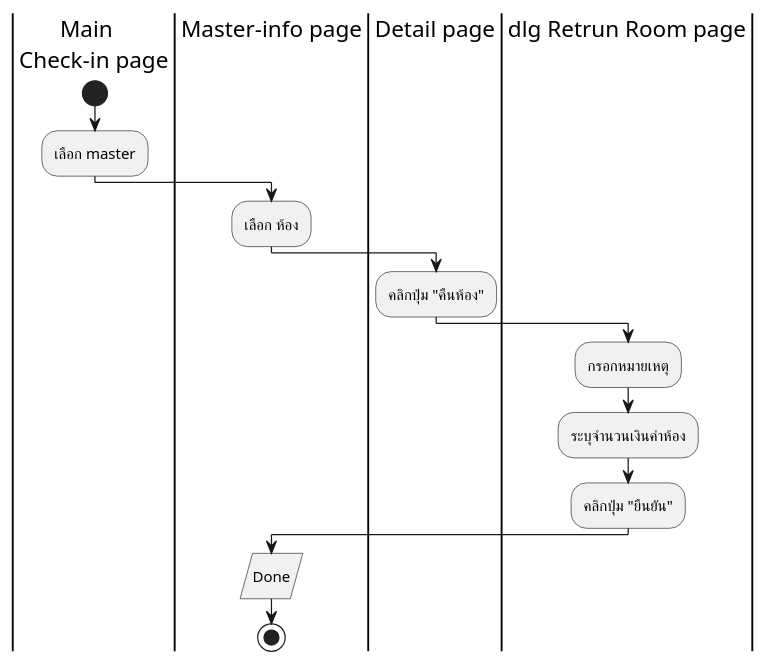
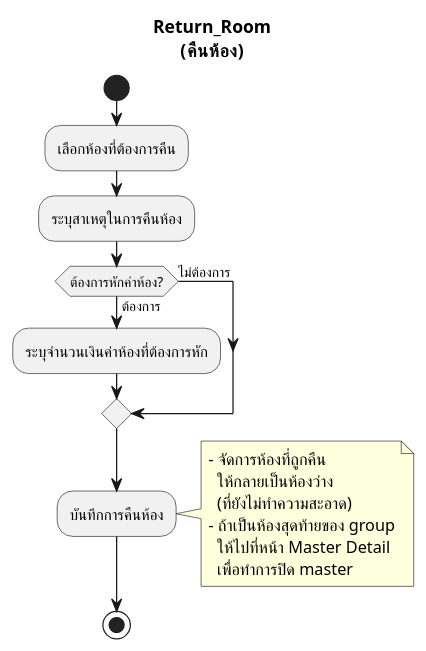
One commit to cheat13/Prompiman_Diagram changed the diagram in activity-diagram/Check-in/Return_Room.md. Above: the diagram before and after it, drawn with PlantUML. The commit also changed 2 other files, not shown here.

Commit message:
implement return room

```diff
--- a/activity-diagram/Check-in/Return_Room.md
+++ b/activity-diagram/Check-in/Return_Room.md
@@ -1,21 +1,24 @@
 @startuml
-|       Main \nCheck-in page|
+title Return_Room\n(คืนห้อง)
 start
-:เลือก master;
 
-|Master-info page|
-:เลือก ห้อง;
+:เลือกห้องที่ต้องการคืน;
+:ระบุสาเหตุในการคืนห้อง;
 
-|Detail page|
-:คลิกปุ่ม "คืนห้อง";
+if (ต้องการหักค่าห้อง?) then (ต้องการ)
+    :ระบุจำนวนเงินค่าห้องที่ต้องการหัก;
+else (ไม่ต้องการ)
+endif
 
-|dlg Retrun Room page|
-:กรอกหมายเหตุ;
-:ระบุจำนวนเงินค่าห้อง;
-:คลิกปุ่ม "ยืนยัน";
+:บันทึกการคืนห้อง;
+note right
+    - จัดการห้องที่ถูกคืน
+      ให้กลายเป็นห้องว่าง 
+      (ที่ยังไม่ทำความสะอาด)
+    - ถ้าเป็นห้องสุดท้ายของ group
+      ให้ไปที่หน้า Master Detail
+      เพื่อทำการปิด master
+endnote
 
-|Master-info page|
-:Done/
 stop
-
 @enduml
```
